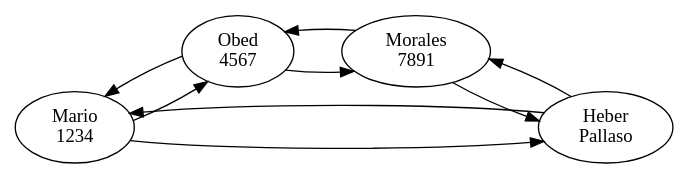
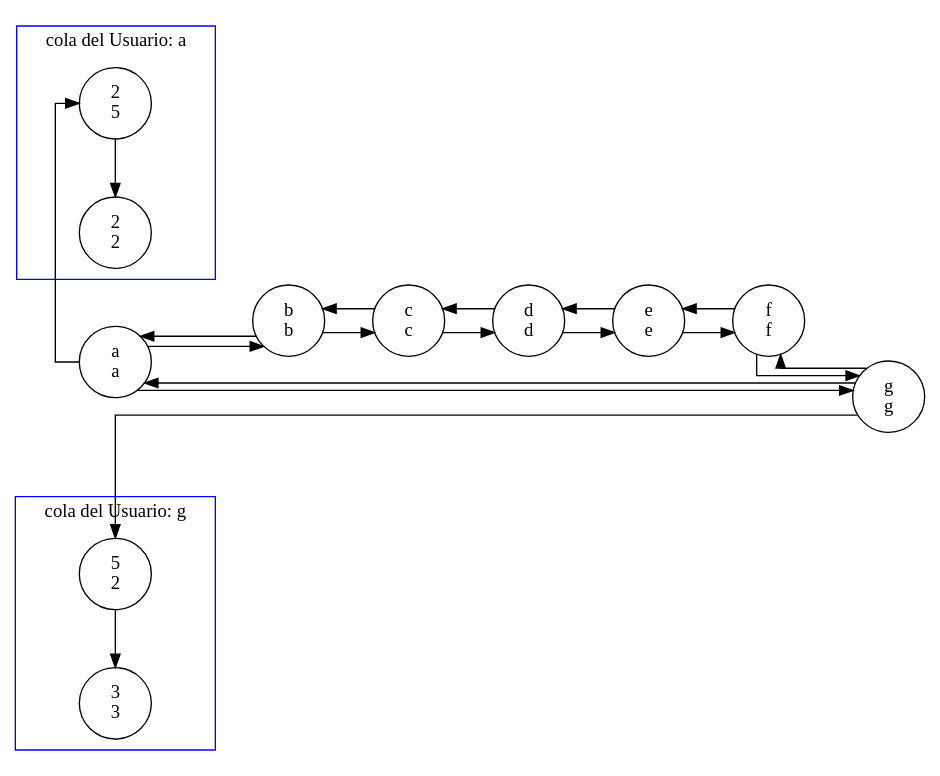
The diagram in Practica1_283/img/ListaCircular.dot (6mmario/Practica1), drawn with Graphviz before and after one commit. The commit also changed 23 other files, not shown here.

```diff
--- a/Practica1_283/img/ListaCircular.dot
+++ b/Practica1_283/img/ListaCircular.dot
@@ -1,14 +1,37 @@
 digraph listaUsuarios {
 rankdir = LR
-size = "60" 
+size = "100,100" 
 nodesep = 0.6
-"Mario \n 1234"->"Obed \n 4567"
-"Obed \n 4567"->"Morales \n 7891"
-"Morales \n 7891"->"Heber \n Pallaso"
-"Heber \n Pallaso"->"Mario \n 1234"
-"Heber \n Pallaso"->"Morales \n 7891"
-"Morales \n 7891"->"Obed \n 4567"
-"Obed \n 4567"->"Mario \n 1234"
-"Mario \n 1234"->"Heber \n Pallaso"
+splines=ortho
+"a \n a"->"b \n b"
+"b \n b"->"c \n c"
+"c \n c"->"d \n d"
+"d \n d"->"e \n e"
+"e \n e"->"f \n f"
+"f \n f"->"g \n g"
+"g \n g"->"a \n a"
+"g \n g"->"f \n f"
+"f \n f"->"e \n e"
+"e \n e"->"d \n d"
+"d \n d"->"c \n c"
+"c \n c"->"b \n b"
+"b \n b"->"a \n a"
+"a \n a"->"g \n g"
+cola1[ label = "2\n5"]
+"a \n a"->cola1 [constraint = false]
+subgraph cluster_1{
+cola2[ label = "2\n2"]
+cola1-> cola2 [constraint = false]
+color=blue
+label = "cola del Usuario: a"
+}
+cola3[ label = "5\n2"]
+"g \n g"->cola3 [constraint = false]
+subgraph cluster_2{
+cola4[ label = "3\n3"]
+cola3-> cola4 [constraint = false]
+color=blue
+label = "cola del Usuario: g"
+}
 
 }
```
